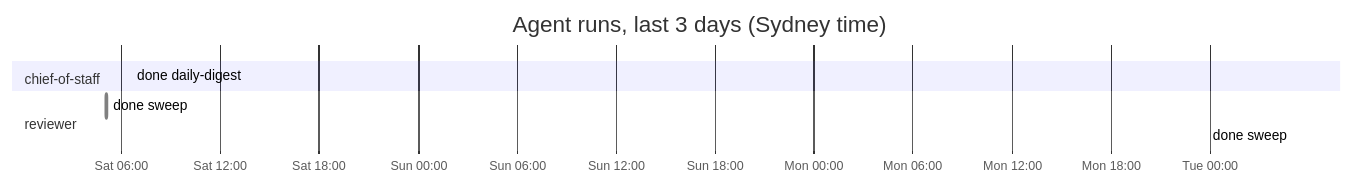
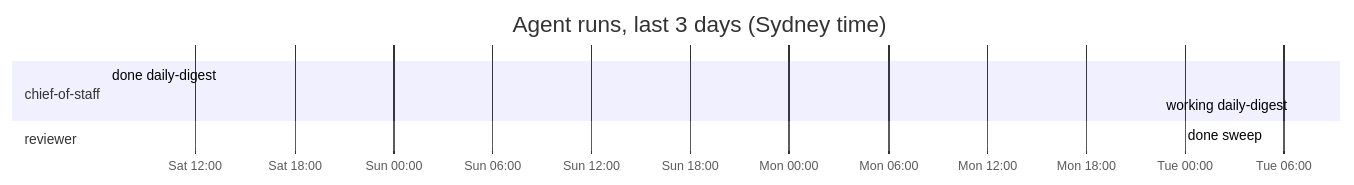
Before and after one commit to roulmediateam-byte/fifteen-expert-hq: the diagram in dashboard.md, drawn with Mermaid. The commit also changed other lines of this file and 1 other file, not shown here.

````diff
--- a/dashboard.md
+++ b/dashboard.md
@@ -36,11 +36,11 @@
 ```mermaid
 gantt
     title Agent runs, last 3 days (Sydney time)
     dateFormat YYYY-MM-DD HH:mm
     axisFormat %a %H:%M
     section chief-of-staff
     done daily-digest :done, 2026-11-07 06:35, 2026-11-07 06:37
+    working daily-digest :active, 2026-11-10 06:35, 2026-11-10 06:35
     section reviewer
-    done sweep :done, 2026-11-07 05:05, 2026-11-07 05:08
     done sweep :done, 2026-11-10 05:04, 2026-11-10 05:05
 ```
````
